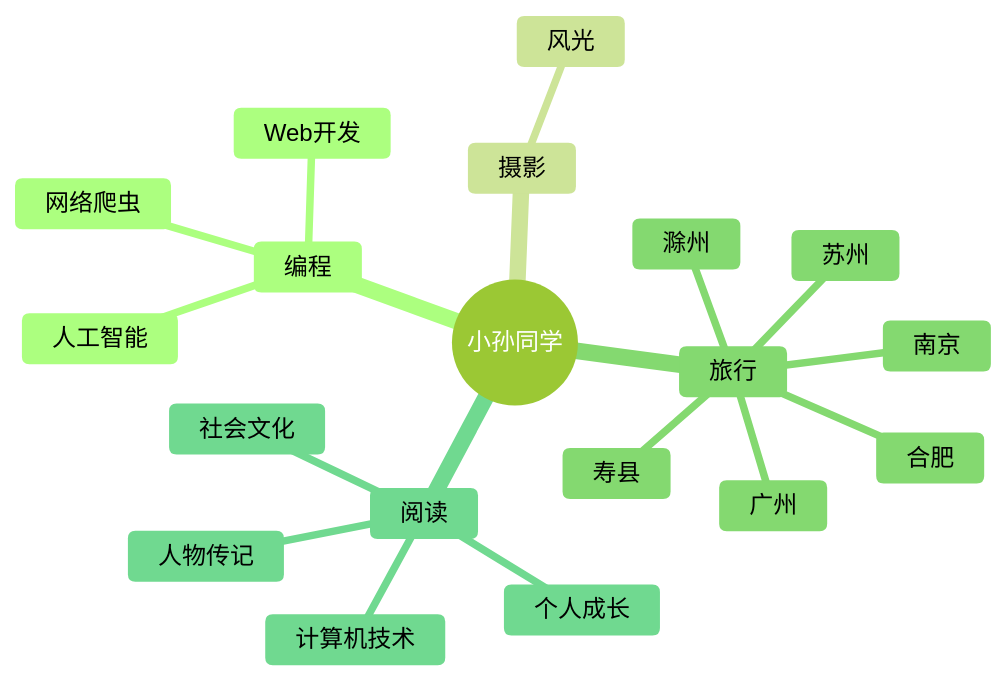
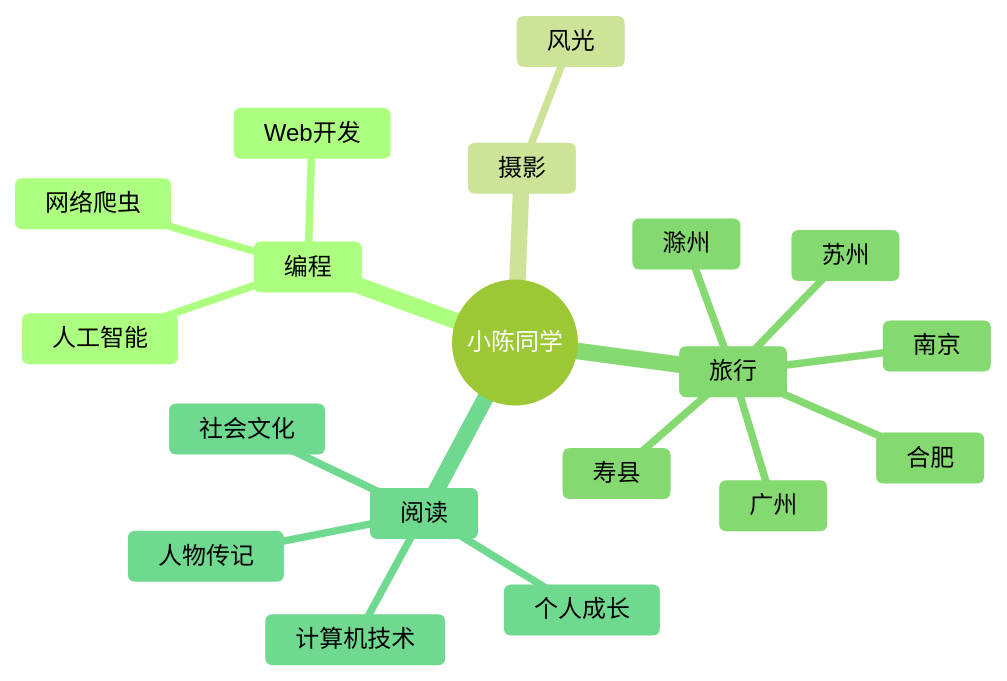
One commit to AbrnYa/AbrnYa changed the diagram in README.md. Above: the diagram before and after it, drawn with Mermaid (forest theme). The commit also changed other lines of this file, not shown here.

````diff
--- a/README.md
+++ b/README.md
@@ -129,22 +130,22 @@
 ```mermaid
 mindmap
-  root((小孙同学))
+  root((小陈同学))
     编程
       Web开发
       网络爬虫
       人工智能
     摄影
       风光
     旅行
       广州
       苏州
       南京
       滁州
       合肥
       寿县
     阅读
       人物传记
       个人成长
       社会文化
       计算机技术
 ```
````
